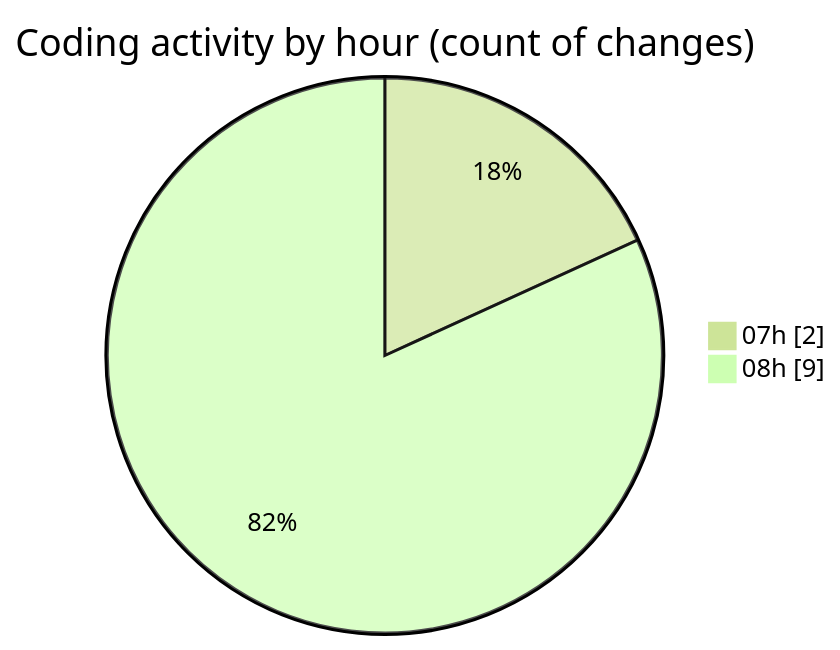
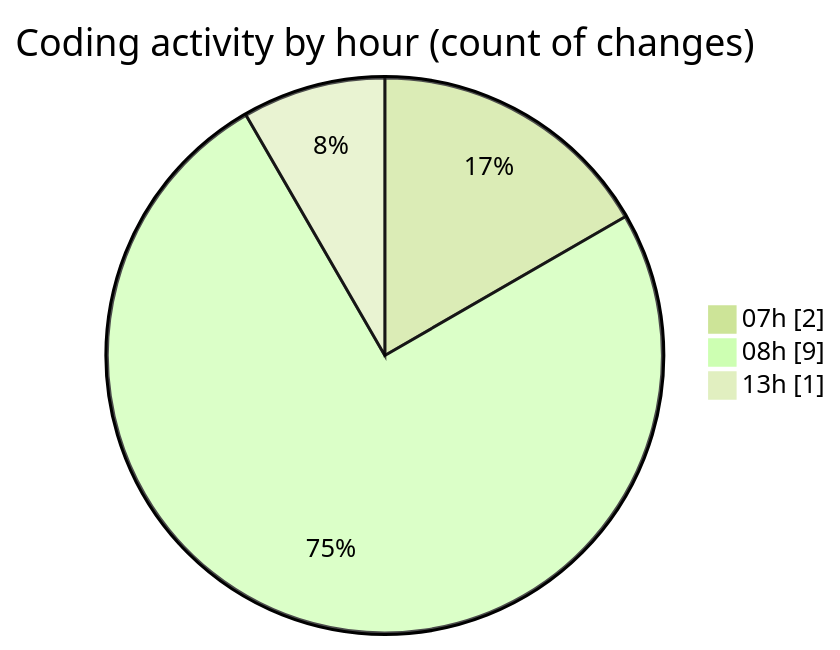
One commit to Elitesun/code-tracking changed the second of 2 diagrams in 2025-05-14/niten/README.md. Above: the diagram before and after it, drawn with Mermaid (forest theme). The commit also changed other lines of this file and 1 other file, not shown here.

````diff
--- a/2025-05-14/niten/README.md
+++ b/2025-05-14/niten/README.md
@@ -31,6 +33,7 @@
 ```mermaid
 pie showData
 title Coding activity by hour (count of changes)
 "07h" : 2
 "08h" : 9
+"13h" : 1
 ```
````
